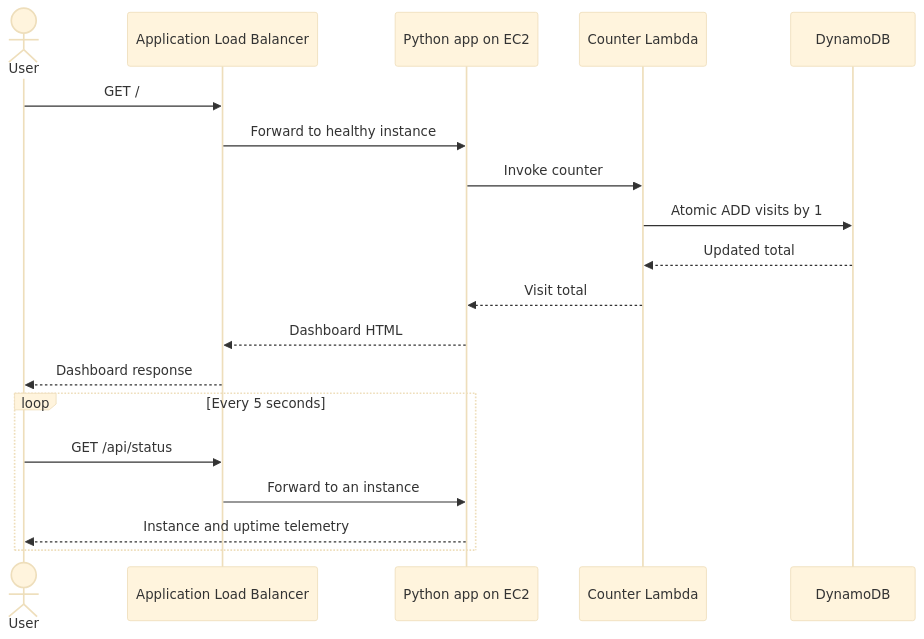
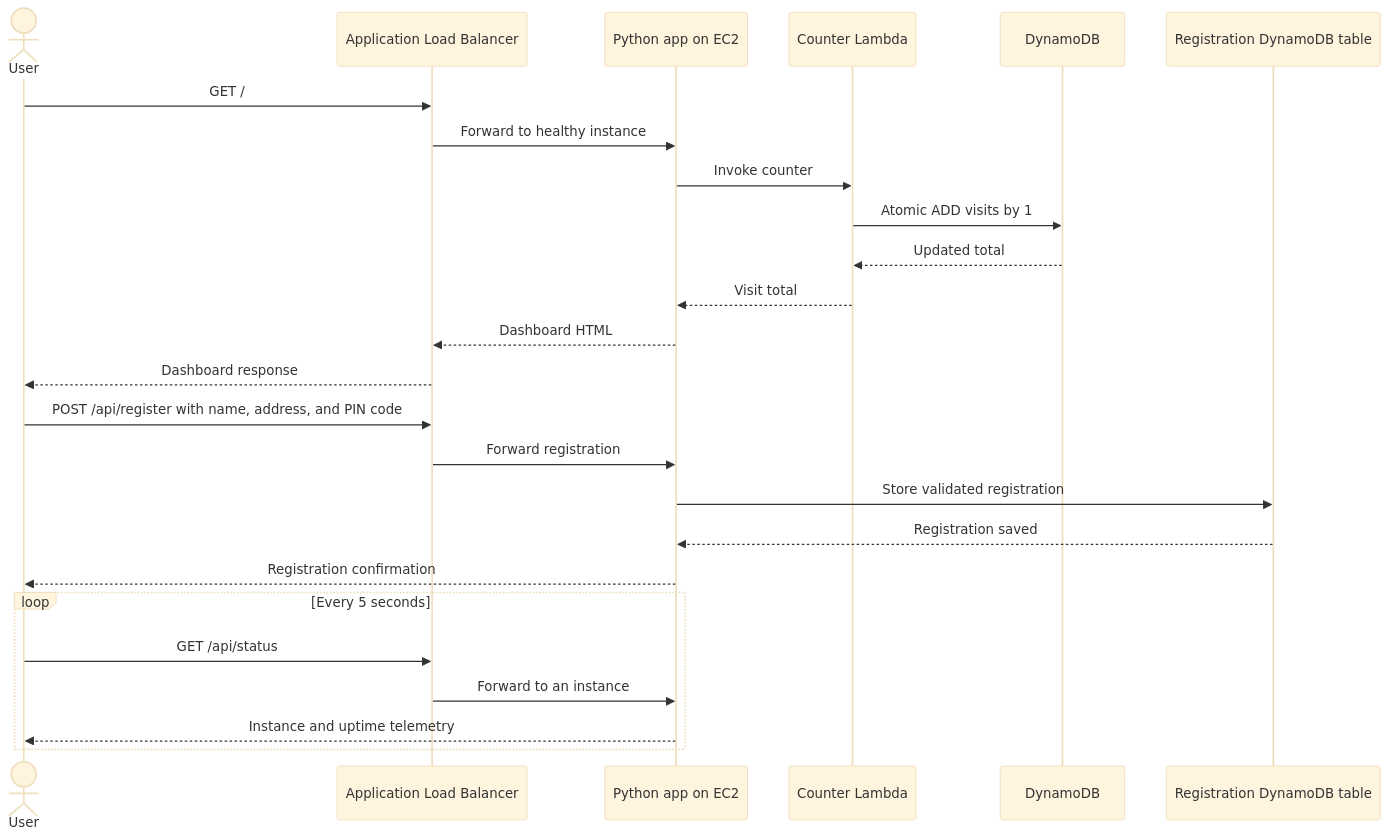
Before and after one commit to atulkamble/aws-highly-available-webapp: the third of 4 diagrams in README.md, drawn with Mermaid (base theme). The commit also changed other lines of this file and 8 other files, not shown here.

````diff
--- a/README.md
+++ b/README.md
@@ -90,22 +95,28 @@
 ```mermaid
 sequenceDiagram
     actor User
     participant ALB as Application Load Balancer
     participant App as Python app on EC2
     participant Lambda as Counter Lambda
     participant DB as DynamoDB
+    participant RegDB as Registration DynamoDB table
 
     User->>ALB: GET /
     ALB->>App: Forward to healthy instance
     App->>Lambda: Invoke counter
     Lambda->>DB: Atomic ADD visits by 1
     DB-->>Lambda: Updated total
     Lambda-->>App: Visit total
     App-->>ALB: Dashboard HTML
     ALB-->>User: Dashboard response
+    User->>ALB: POST /api/register with name, address, and PIN code
+    ALB->>App: Forward registration
+    App->>RegDB: Store validated registration
+    RegDB-->>App: Registration saved
+    App-->>User: Registration confirmation
     loop Every 5 seconds
         User->>ALB: GET /api/status
         ALB->>App: Forward to an instance
         App-->>User: Instance and uptime telemetry
     end
 ```
````
